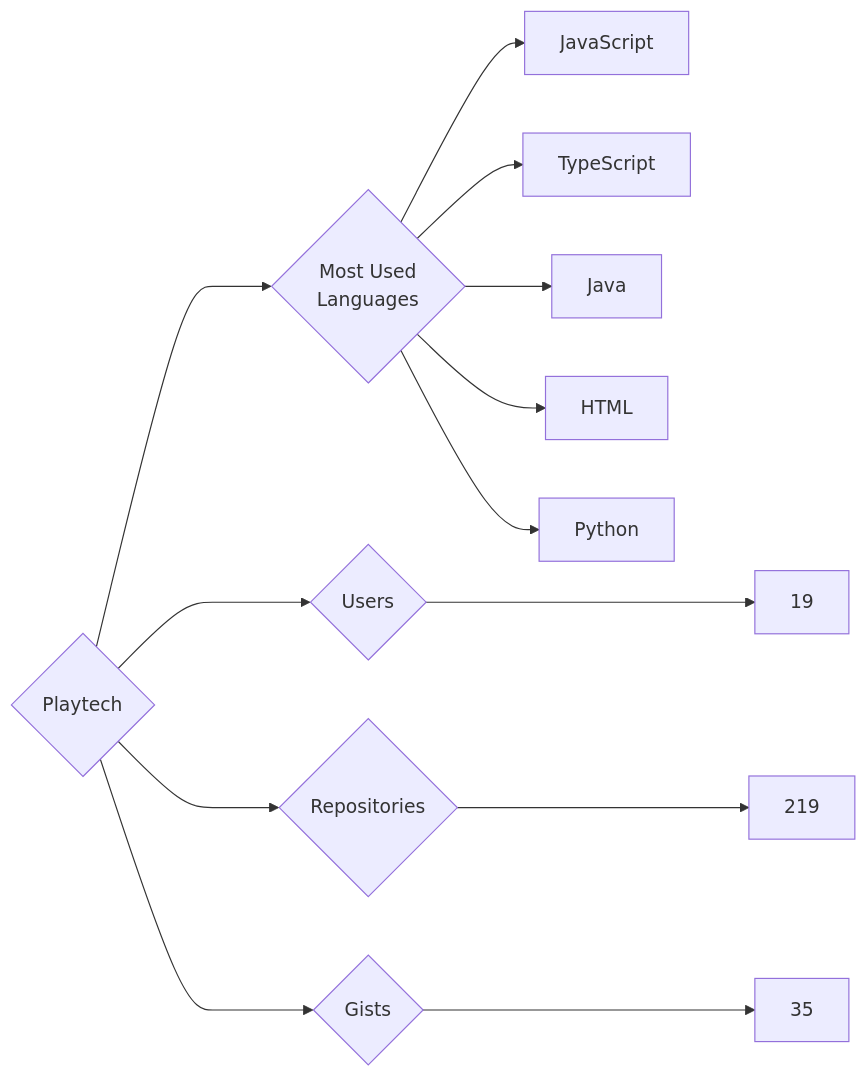
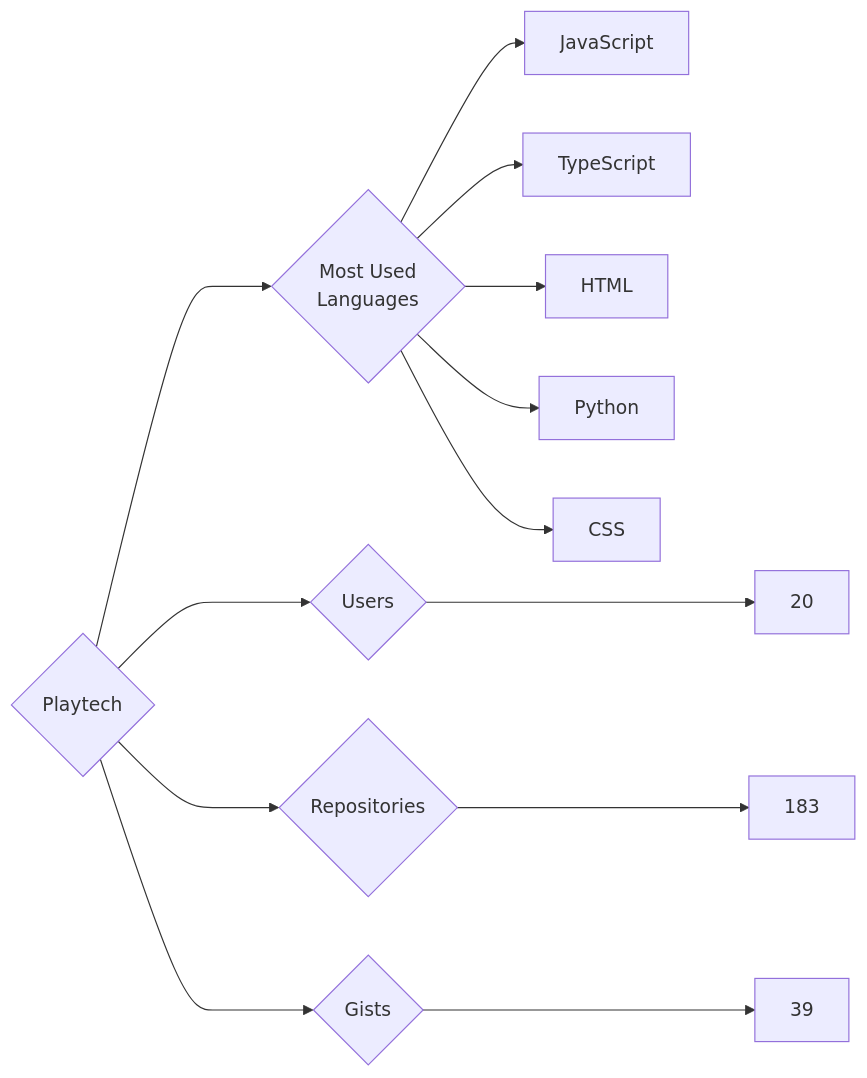
The diagram in targets/Playtech/README.md (trickest/insiders), drawn with Mermaid before and after one commit. The commit also changed 1011 other files, not shown here.

````diff
--- a/targets/Playtech/README.md
+++ b/targets/Playtech/README.md
@@ -3,13 +3,13 @@
 ```mermaid
 graph LR
 COMPANY_NAME{Playtech}
-COMPANY_NAME ---> U{Users} ---> UN[19]
-COMPANY_NAME ---> R{Repositories} ---> RN[219]
-COMPANY_NAME ---> G{Gists} ---> GN[35]
+COMPANY_NAME ---> U{Users} ---> UN[20]
+COMPANY_NAME ---> R{Repositories} ---> RN[183]
+COMPANY_NAME ---> G{Gists} ---> GN[39]
 COMPANY_NAME ---> ML{Most Used<br>Languages}
 ML --> JavaScript[JavaScript]
 ML --> TypeScript[TypeScript]
-ML --> Java[Java]
 ML --> HTML[HTML]
 ML --> Python[Python]
+ML --> CSS[CSS]
 ```
````
